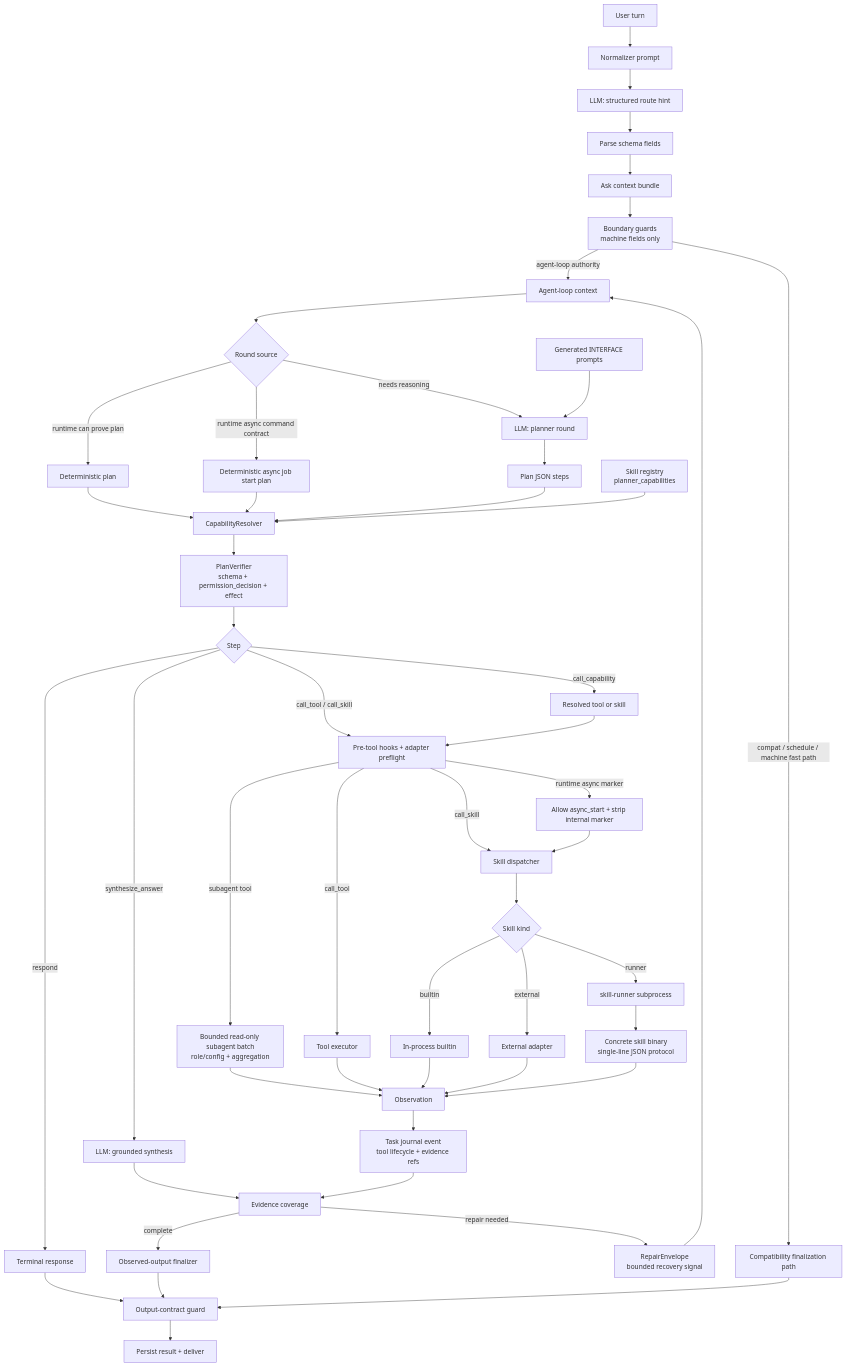
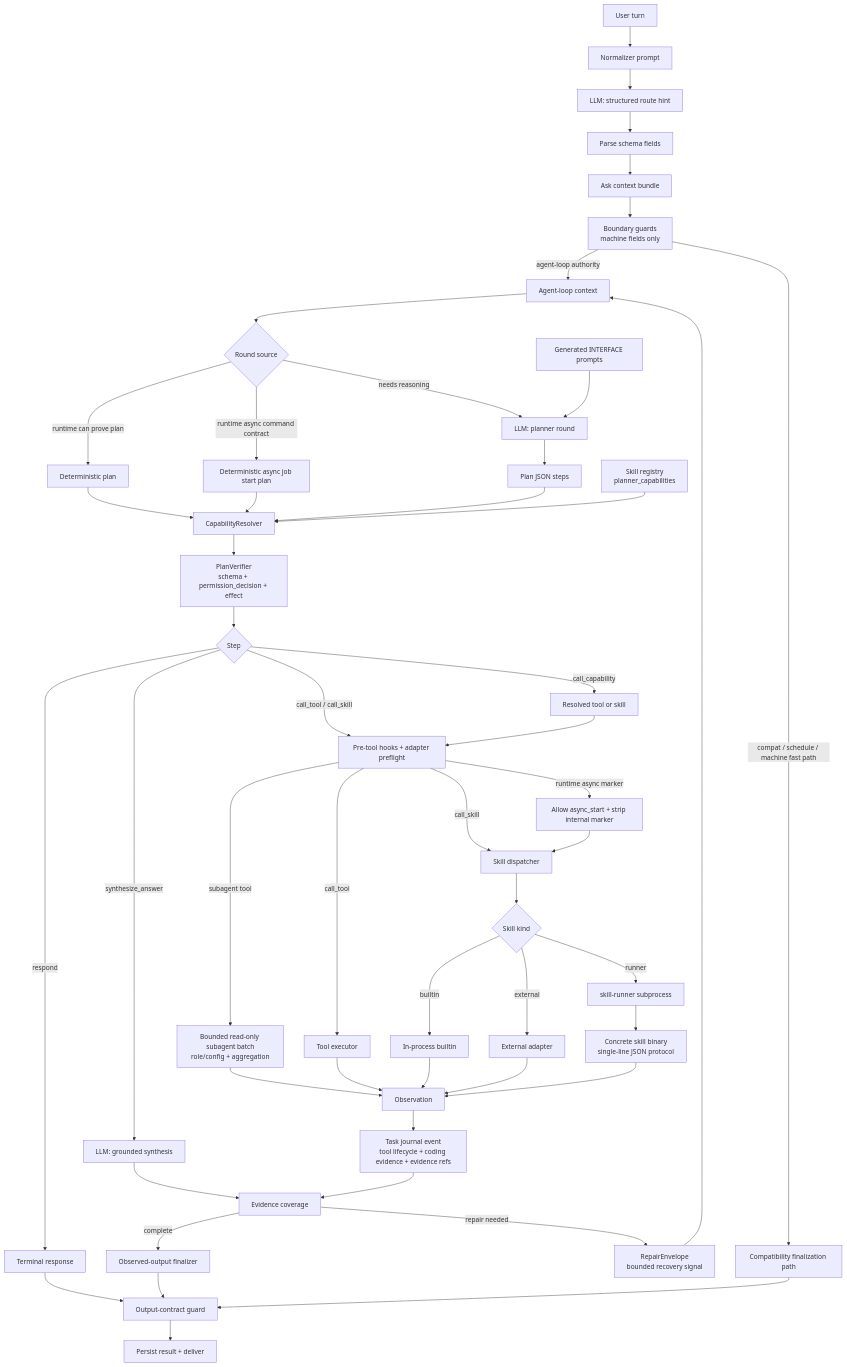
One commit to MatrixCoreX/RustClaw changed the second of 3 diagrams in README.md. Above: the diagram before and after it, drawn with Mermaid. The commit also changed other lines of this file and 1 other file, not shown here.

Commit message:
Document coding evidence task events

````diff
--- a/README.md
+++ b/README.md
@@ -120,52 +120,52 @@
 ```mermaid
 flowchart TD
     A[User turn] --> B[Normalizer prompt]
     B --> C[LLM: structured route hint]
     C --> D[Parse schema fields]
     D --> E[Ask context bundle]
     E --> F[Boundary guards<br/>machine fields only]
     F -->|agent-loop authority| G[Agent-loop context]
     F -->|compat / schedule / machine fast path| H[Compatibility finalization path]
     G --> I{Round source}
     I -->|runtime can prove plan| J[Deterministic plan]
     I -->|runtime async command contract| JA[Deterministic async job start plan]
     I -->|needs reasoning| K[LLM: planner round]
     K --> L[Plan JSON steps]
     J --> M[CapabilityResolver]
     JA --> M
     L --> M
     N[Skill registry<br/>planner_capabilities] --> M
     O[Generated INTERFACE prompts] --> K
     M --> P[PlanVerifier<br/>schema + permission_decision + effect]
     P --> Q{Step}
     Q -->|call_capability| R[Resolved tool or skill]
     Q -->|call_tool / call_skill| QA[Pre-tool hooks + adapter preflight]
     R --> QA
     QA -->|runtime async marker| AR[Allow async_start + strip internal marker]
     QA -->|subagent tool| SS[Bounded read-only subagent batch<br/>role/config + aggregation]
     QA -->|call_tool| S[Tool executor]
     QA -->|call_skill| T[Skill dispatcher]
     AR --> T
     T --> U{Skill kind}
     U -->|builtin| V[In-process builtin]
     U -->|external| W[External adapter]
     U -->|runner| X[skill-runner subprocess]
     X --> Y[Concrete skill binary<br/>single-line JSON protocol]
     SS --> Z
     S --> Z[Observation]
     V --> Z
     W --> Z
     Y --> Z
-    Z --> ZEV[Task journal event<br/>tool lifecycle + evidence refs]
+    Z --> ZEV[Task journal event<br/>tool lifecycle + coding evidence + evidence refs]
     Q -->|synthesize_answer| ZA[LLM: grounded synthesis]
     Q -->|respond| ZB[Terminal response]
     ZA --> ZC[Evidence coverage]
     ZEV --> ZC
     ZC -->|repair needed| ZR[RepairEnvelope<br/>bounded recovery signal]
     ZR --> G
     ZC -->|complete| ZD[Observed-output finalizer]
     ZB --> ZE[Output-contract guard]
     ZD --> ZE
     H --> ZE
     ZE --> ZF[Persist result + deliver]
 ```
````
